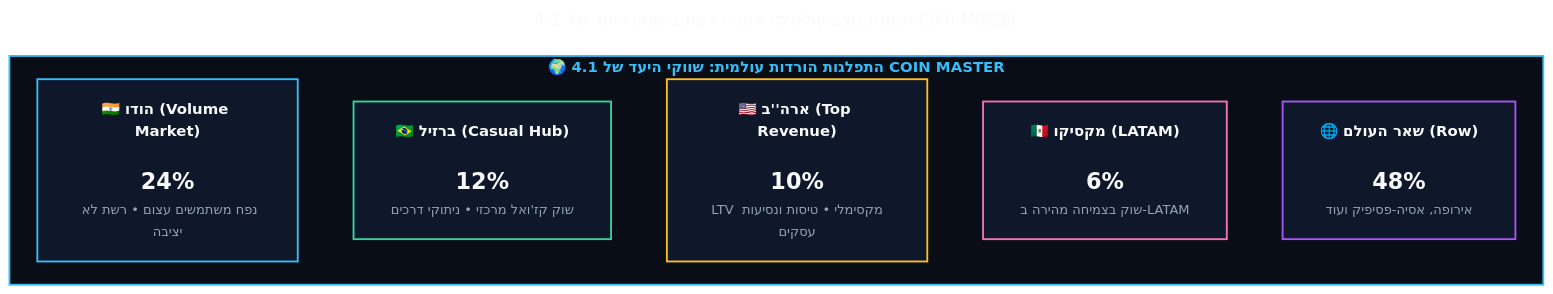
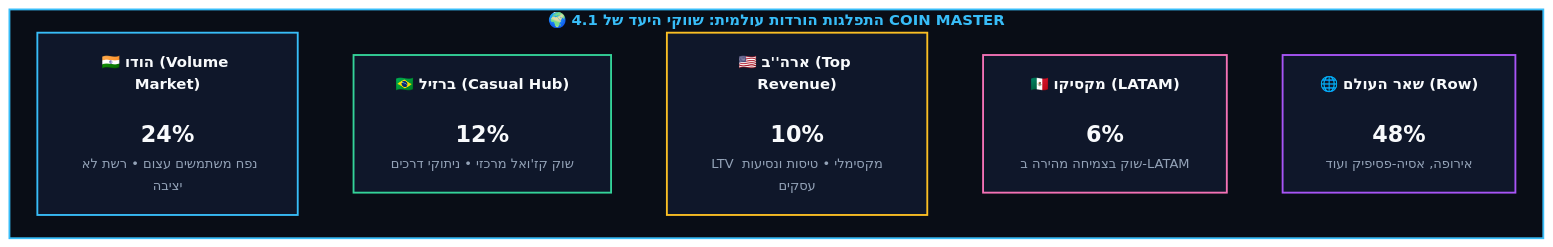
One commit to Yuvalalex/MOON-ACTIVE-MUNI-SPINE changed diagram 12 of 28 in Master_PRD.md. Above: the diagram before and after it, drawn with Mermaid. The commit also changed other lines of this file and 16 other files, not shown here.

Commit message:
docs: fix mermaid blocks in PRD docs

````diff
--- a/Master_PRD.md
+++ b/Master_PRD.md
@@ -824,42 +791,39 @@
 ```mermaid
----
-title: "4.1 תמונת מצב עולמית: אתגרי רשת בשווקי היעד של Coin Master"
----
 %%{init: {
   "theme": "base",
   "themeVariables": {
     "fontFamily": "Segoe UI, Assistant, sans-serif",
     "fontSize": "16px",
     "primaryColor": "#0f172a",
     "primaryTextColor": "#f8fafc",
     "primaryBorderColor": "#38bdf8",
     "lineColor": "#38bdf8",
     "secondaryColor": "#1e293b",
     "tertiaryColor": "#1e293b",
     "edgeLabelBackground": "#0f172a",
     "nodeBorder": "#38bdf8",
     "clusterBkg": "#0b1120",
     "clusterBorder": "#38bdf8"
   },
   "flowchart": { "nodeSpacing": 30, "rankSpacing": 35, "padding": 20 }
 }}%%
 flowchart TD
     subgraph GLOBAL_STATS ["🌍 <b>4.1 התפלגות הורדות עולמית: שווקי היעד של COIN MASTER</b>"]
         direction LR
         
         M1["🇮🇳 <b>הודו (Volume Market)</b><br/><br/><span style='font-size:24px;color:#38bdf8;'><b>24%</b></span><br/><span style='font-size:14px;color:#94a3b8;'>נפח משתמשים עצום • רשת לא יציבה</span>"]
         M2["🇧🇷 <b>ברזיל (Casual Hub)</b><br/><br/><span style='font-size:24px;color:#34d399;'><b>12%</b></span><br/><span style='font-size:14px;color:#94a3b8;'>שוק קז'ואל מרכזי • ניתוקי דרכים</span>"]
         M3["🇺🇸 <b>ארה''ב (Top Revenue)</b><br/><br/><span style='font-size:24px;color:#fbbf24;'><b>10%</b></span><br/><span style='font-size:14px;color:#94a3b8;'>LTV מקסימלי • טיסות ונסיעות עסקים</span>"]
         M4["🇲🇽 <b>מקסיקו (LATAM)</b><br/><br/><span style='font-size:24px;color:#f472b6;'><b>6%</b></span><br/><span style='font-size:14px;color:#94a3b8;'>שוק בצמיחה מהירה ב-LATAM</span>"]
         M5["🌐 <b>שאר העולם (Row)</b><br/><br/><span style='font-size:24px;color:#a855f7;'><b>48%</b></span><br/><span style='font-size:14px;color:#94a3b8;'>אירופה, אסיה-פסיפיק ועוד</span>"]
 
         M1 ~~~ M2 ~~~ M3 ~~~ M4 ~~~ M5
     end
 
     style GLOBAL_STATS fill:#090d16,stroke:#38bdf8,stroke-width:2px,color:#38bdf8
     style M1 fill:#0f172a,stroke:#38bdf8,stroke-width:2px,color:#f8fafc
     style M2 fill:#0f172a,stroke:#34d399,stroke-width:2px,color:#f8fafc
     style M3 fill:#0f172a,stroke:#fbbf24,stroke-width:2px,color:#f8fafc
     style M4 fill:#0f172a,stroke:#f472b6,stroke-width:2px,color:#f8fafc
     style M5 fill:#0f172a,stroke:#a855f7,stroke-width:2px,color:#f8fafc
 ```
````
